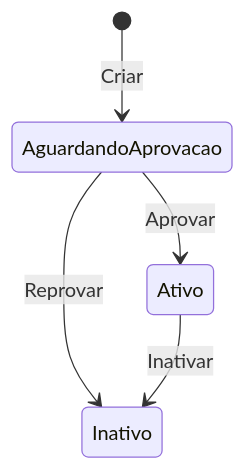
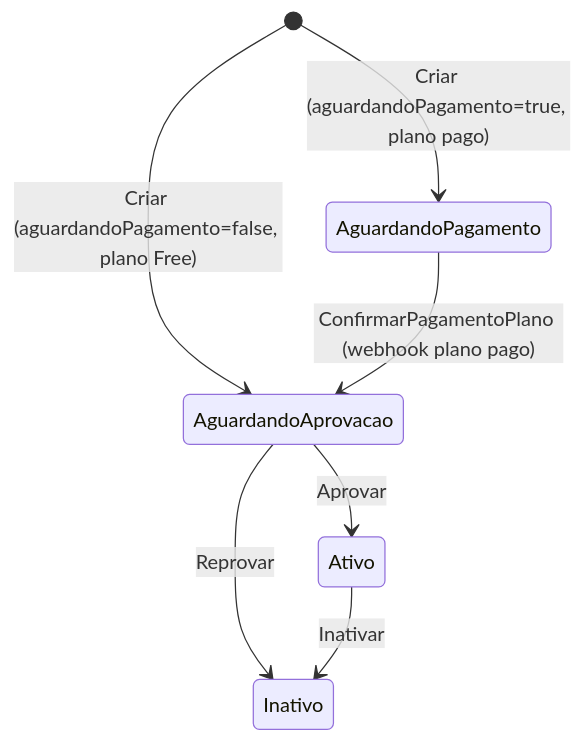
Before and after one commit to arthuurw/forzion.tech: the first of 7 diagrams in specs/specification-model.md, drawn with Mermaid. The commit also changed other lines of this file and 5 other files, not shown here.

First line of the commit message:
docs: documentar billing treinador + modo de pagamento do aluno (Fase 5)

````diff
--- a/specs/specification-model.md
+++ b/specs/specification-model.md
@@ -154,8 +154,10 @@
 ```mermaid
 stateDiagram-v2
-  %% Treinador
-  [*] --> AguardandoAprovacao : Criar
+  %% Treinador (free pula pagamento: Criar aguardandoPagamento=false → AguardandoAprovacao)
+  [*] --> AguardandoPagamento : Criar (aguardandoPagamento=true, plano pago)
+  [*] --> AguardandoAprovacao : Criar (aguardandoPagamento=false, plano Free)
+  AguardandoPagamento --> AguardandoAprovacao : ConfirmarPagamentoPlano (webhook plano pago)
   AguardandoAprovacao --> Ativo : Aprovar
   AguardandoAprovacao --> Inativo : Reprovar
   Ativo --> Inativo : Inativar
 ```
````
